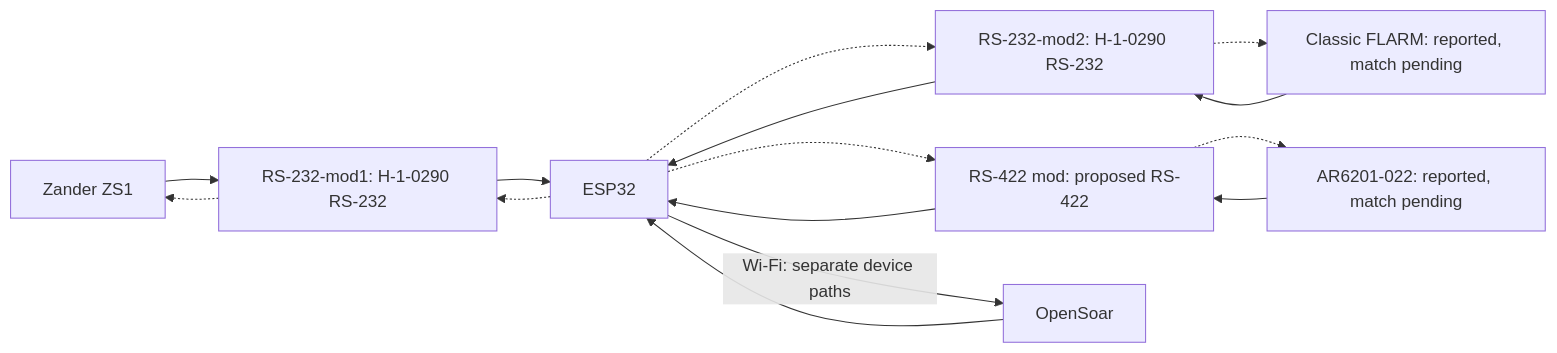
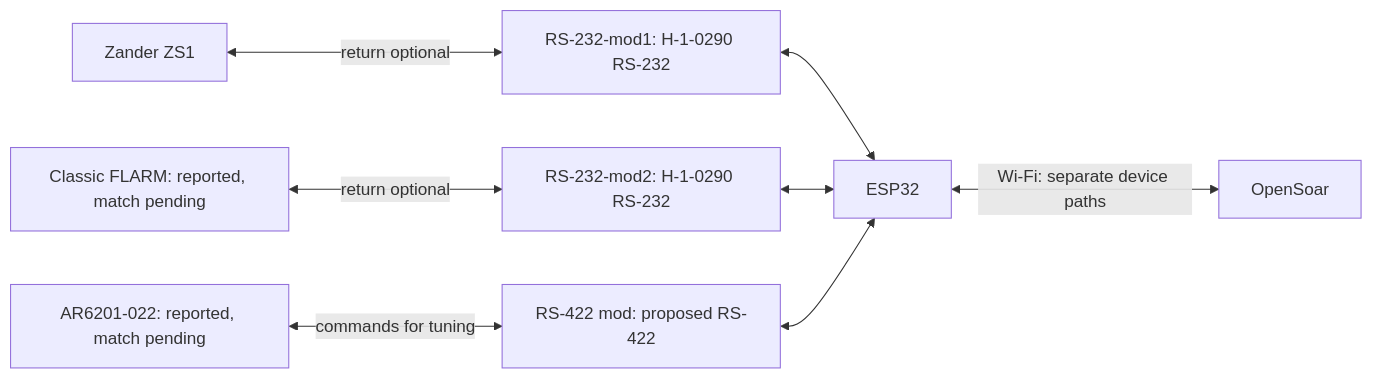
Before and after one commit to MomoRC-tech/Becker-AR6201-to-OpenSoar: the first of 2 diagrams in docs/connections.md, drawn with Mermaid. The commit also changed other lines of this file and 1 other file, not shown here.

Commit message:
docs: keep equipment on the left of Mermaid overview

````diff
--- a/docs/connections.md
+++ b/docs/connections.md
@@ -17,17 +17,10 @@
 ```mermaid
 flowchart LR
-    Z[Zander ZS1] --> NZ["RS-232-mod1: H-1-0290 RS-232"]
-    F["Classic FLARM: reported, match pending"] --> NF["RS-232-mod2: H-1-0290 RS-232"]
-    NZ --> E[ESP32]
-    NF --> E
-    NZ -.-> Z
-    E -.-> NZ
-    NF -.-> F
-    E -.-> NF
-    B["AR6201-022: reported, match pending"] --> R["RS-422 mod: proposed RS-422"]
-    R --> E
-    E -.-> R
-    R -.-> B
-    E -->|Wi-Fi: separate device paths| O[OpenSoar]
-    O --> E
+    Z[Zander ZS1] <-->|return optional| NZ["RS-232-mod1: H-1-0290 RS-232"]
+    F["Classic FLARM: reported, match pending"] <-->|return optional| NF["RS-232-mod2: H-1-0290 RS-232"]
+    B["AR6201-022: reported, match pending"] <-->|commands for tuning| R["RS-422 mod: proposed RS-422"]
+    NZ <--> E[ESP32]
+    NF <--> E
+    R <--> E
+    E <-->|Wi-Fi: separate device paths| O[OpenSoar]
 ```
````
